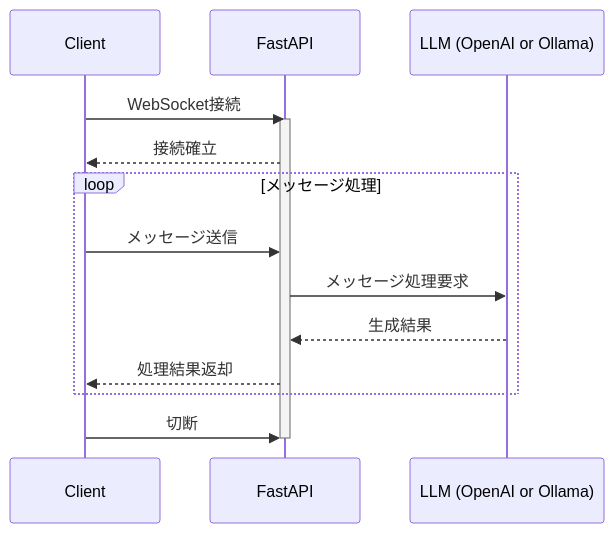
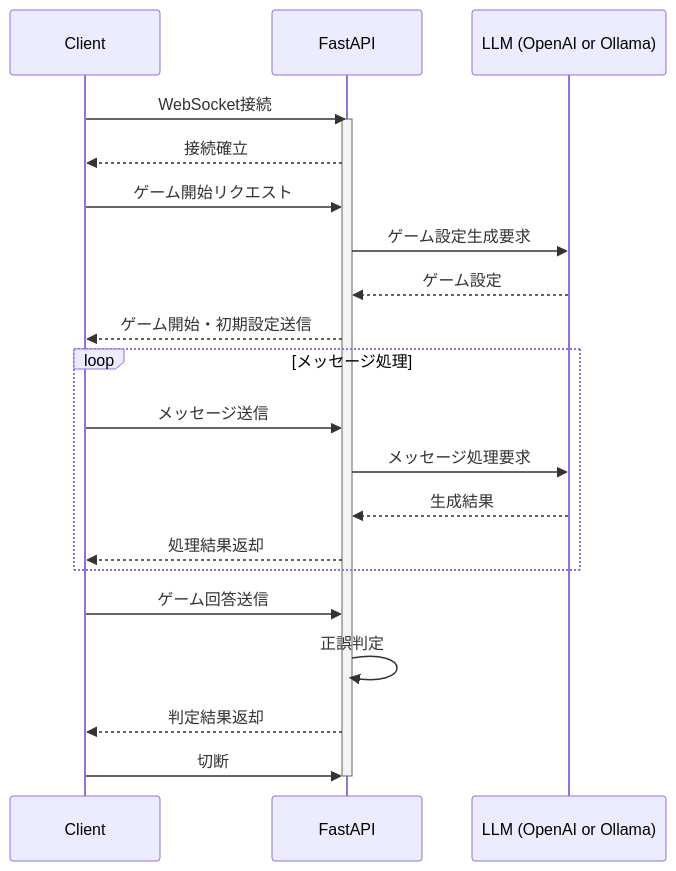
Before and after one commit to thiroaki0803/game-ai-agent: the diagram in README.md, drawn with Mermaid. The commit also changed other lines of this file and 3 other files, not shown here.

````diff
--- a/README.md
+++ b/README.md
@@ -8,20 +8,29 @@
 ```mermaid
 sequenceDiagram
     participant Client
     participant FastAPI
     participant LLM as LLM (OpenAI or Ollama)
 
     Client->>FastAPI: WebSocket接続
     activate FastAPI
     FastAPI-->>Client: 接続確立
     
+    Client->>FastAPI: ゲーム開始リクエスト
+    FastAPI->>LLM: ゲーム設定生成要求
+    LLM-->>FastAPI: ゲーム設定
+    FastAPI-->>Client: ゲーム開始・初期設定送信
+    
     loop メッセージ処理
         Client->>FastAPI: メッセージ送信
         FastAPI->>LLM: メッセージ処理要求
         LLM-->>FastAPI: 生成結果
         FastAPI-->>Client: 処理結果返却
     end
     
+    Client->>FastAPI: ゲーム回答送信
+    FastAPI->>FastAPI: 正誤判定
+    FastAPI-->>Client: 判定結果返却
+    
     Client->>FastAPI: 切断
     deactivate FastAPI
 ```
````
